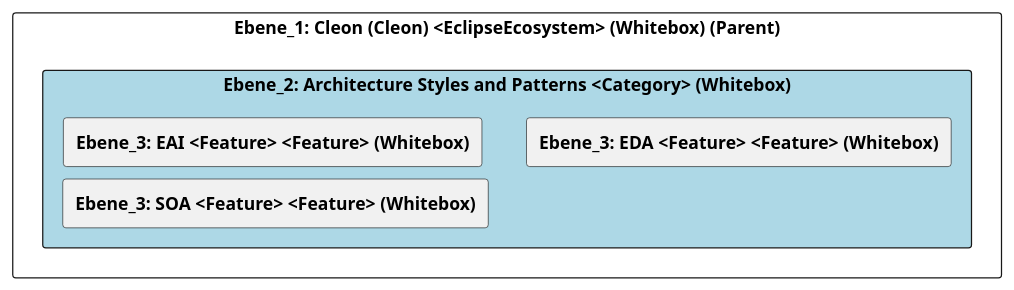
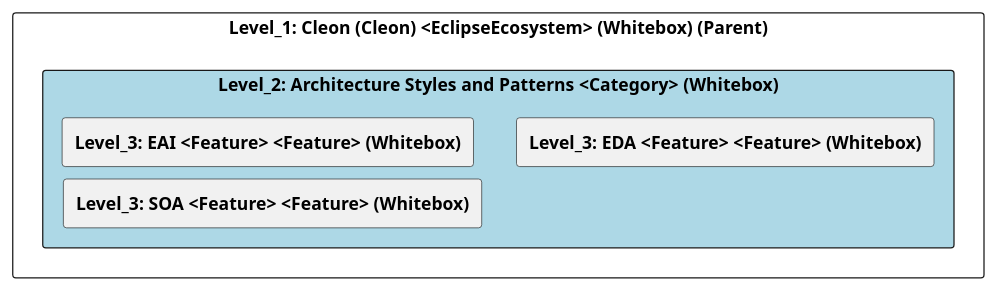
The diagram in doc/cleonproject_deliverables_architecture_model_architecture/adoc/de/05_bausteinsicht/cleon/architecture_styles_and_patterns/ebene_2_architecture styles and patterns.adoc (marcozwyssig/cleon), drawn with PlantUML before and after one commit. The commit also changed other lines of this file and 83 other files, not shown here.

```diff
--- a/doc/cleonproject_deliverables_architecture_model_architecture/adoc/de/05_bausteinsicht/cleon/architecture_styles_and_patterns/ebene_2_architecture styles and patterns.adoc
+++ b/doc/cleonproject_deliverables_architecture_model_architecture/adoc/de/05_bausteinsicht/cleon/architecture_styles_and_patterns/ebene_2_architecture styles and patterns.adoc
@@ -24,26 +24,26 @@
-[plantuml, Ebene_2: Architecture Styles and Patterns <Category> (Whitebox)BlockOverview, format="svg"]
+[plantuml, Level_2: Architecture Styles and Patterns <Category> (Whitebox)BlockOverview, format="svg"]
 ----
-@startuml Ebene_2: Architecture Styles and Patterns <Category> (Whitebox)BuildingBlockOverview
+@startuml Level_2: Architecture Styles and Patterns <Category> (Whitebox)BuildingBlockOverview
 
 skinparam ranksep 10
 skinparam componentStyle rectangle
 skinparam shadowing false
 skinparam arrowColor lightblue
 skinparam arrowThickness 1.2
 skinparam rectangle {
   BackgroundColor White
   BorderColor #333
   RoundCorner 10
 }
 top to bottom direction
 
-component "Ebene_1: Cleon (Cleon) <EclipseEcosystem> (Whitebox) (Parent)" {
-    component "Ebene_2: Architecture Styles and Patterns <Category> (Whitebox)" #lightblue {
-        [**Ebene_3: EAI <Feature> <Feature> (Whitebox)**] as 49055818_D579_11EE_903E_9F564E4DE07E
-        [**Ebene_3: EDA <Feature> <Feature> (Whitebox)**] as 49057F3D_D579_11EE_903E_9F564E4DE07E
-        [**Ebene_3: SOA <Feature> <Feature> (Whitebox)**] as 4905A650_D579_11EE_903E_9F564E4DE07E
+component "Level_1: Cleon (Cleon) <EclipseEcosystem> (Whitebox) (Parent)" {
+    component "Level_2: Architecture Styles and Patterns <Category> (Whitebox)" #lightblue {
+        [**Level_3: EAI <Feature> <Feature> (Whitebox)**] as 49055818_D579_11EE_903E_9F564E4DE07E
+        [**Level_3: EDA <Feature> <Feature> (Whitebox)**] as 49057F3D_D579_11EE_903E_9F564E4DE07E
+        [**Level_3: SOA <Feature> <Feature> (Whitebox)**] as 4905A650_D579_11EE_903E_9F564E4DE07E
     }
 }
 
 @enduml
 ----
```
